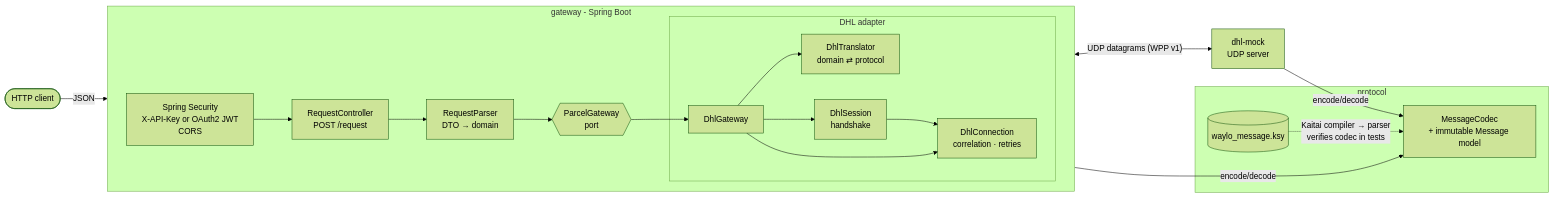
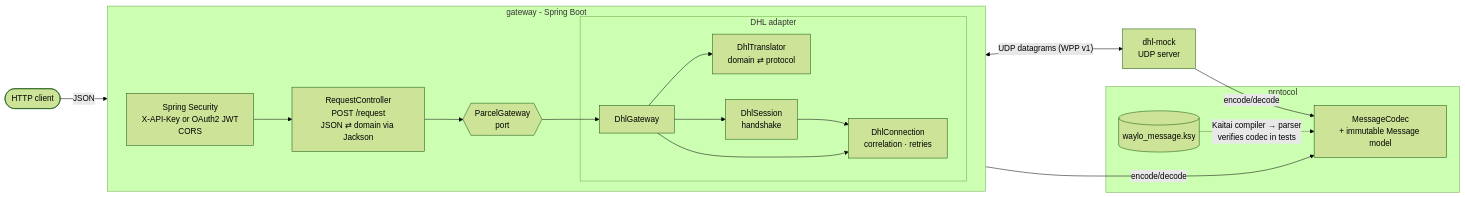
Before and after one commit to ndgynxjnsn-alt/waylo: the first of 12 diagrams in README.md, drawn with Mermaid (forest theme). The commit also changed other lines of this file and 14 other files, not shown here.

First line of the commit message:
Simplify: deserialize JSON directly into plain domain data classes

````diff
--- a/README.md
+++ b/README.md
@@ -15,35 +15,34 @@
 ```mermaid
 flowchart LR
     client([HTTP client])
 
     subgraph gw [gateway - Spring Boot]
         direction LR
         sec[Spring Security<br/>X-API-Key or OAuth2 JWT<br/>CORS]
-        ctrl[RequestController<br/>POST /request]
-        parser[RequestParser<br/>DTO → domain]
+        ctrl[RequestController<br/>POST /request<br/>JSON ⇄ domain via Jackson]
         port{{ParcelGateway<br/>port}}
         subgraph adapter [DHL adapter]
             gwimpl[DhlGateway]
             tr[DhlTranslator<br/>domain ⇄ protocol]
             sess[DhlSession<br/>handshake]
             conn[DhlConnection<br/>correlation · retries]
         end
-        sec --> ctrl --> parser --> port --> gwimpl
+        sec --> ctrl --> port --> gwimpl
         gwimpl --> tr
         gwimpl --> sess --> conn
         gwimpl --> conn
     end
 
     subgraph proto [protocol]
         codec[MessageCodec<br/>+ immutable Message model]
         ksy[(waylo_message.ksy)]
     end
 
     mock[dhl-mock<br/>UDP server]
 
     client -- JSON --> sec
     conn -- encode/decode --> codec
     conn <-- "UDP datagrams (WPP v1)" --> mock
     mock -- encode/decode --> codec
     ksy -. "Kaitai compiler → parser<br/>verifies codec in tests" .-> codec
 ```
````
